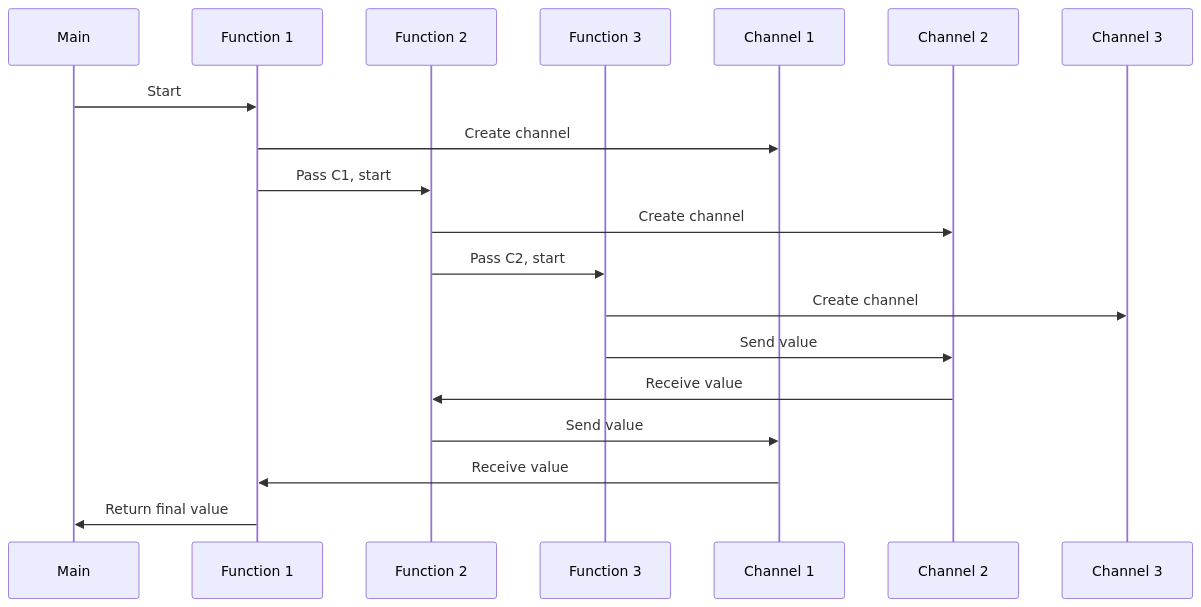
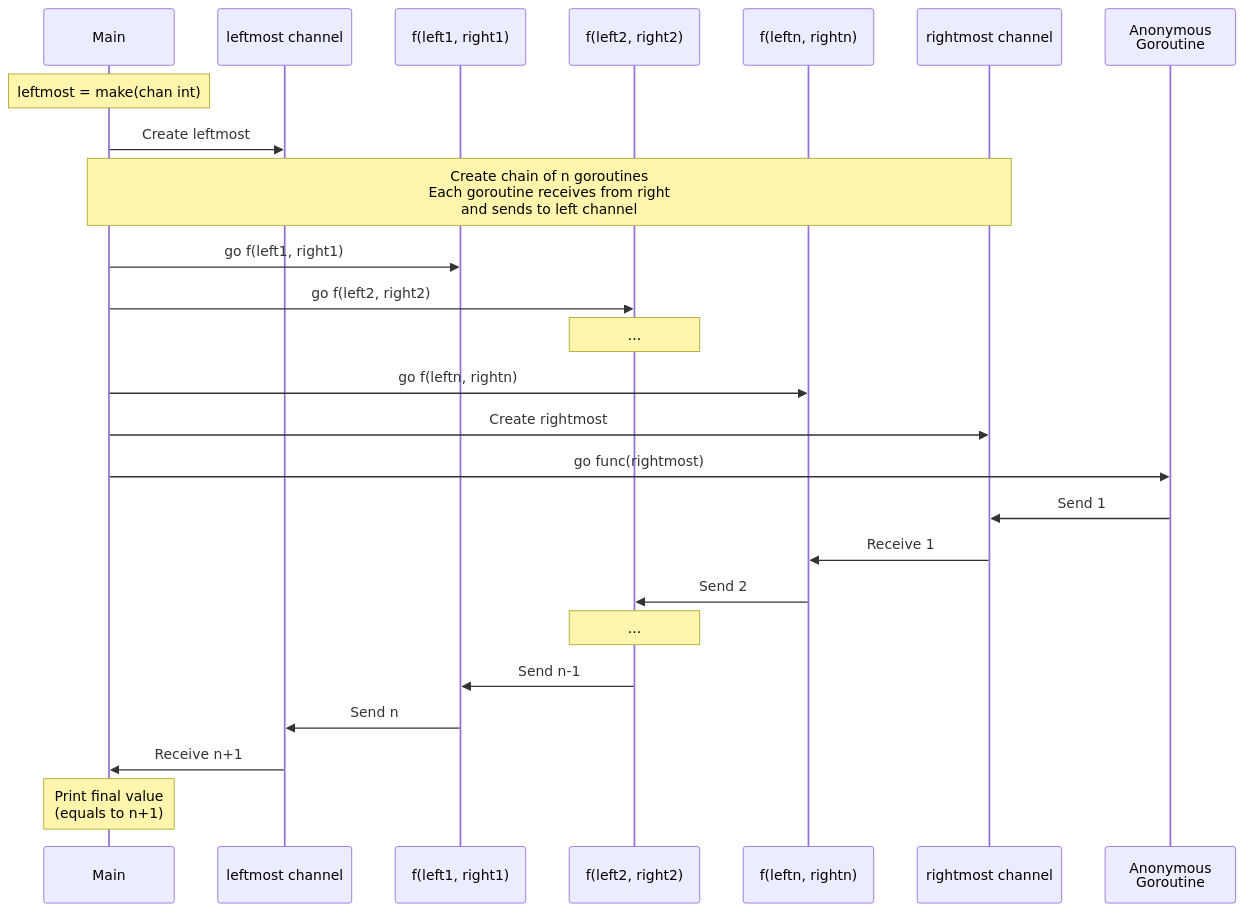
Before and after one commit to lexyu-golang-project-collection/go-concurrency: the diagram in 08-daisy-chan/README.md, drawn with Mermaid. The commit also changed 3 other files, not shown here.

````diff
--- a/08-daisy-chan/README.md
+++ b/08-daisy-chan/README.md
@@ -1,22 +1,33 @@
 ```mermaid
 sequenceDiagram
-    participant Main
-    participant F1 as Function 1
-    participant F2 as Function 2
-    participant F3 as Function 3
-    participant C1 as Channel 1
-    participant C2 as Channel 2
-    participant C3 as Channel 3
+    participant M as Main
+    participant L as leftmost channel
+    participant G1 as f(left1, right1)
+    participant G2 as f(left2, right2)
+    participant Gn as f(leftn, rightn)
+    participant R as rightmost channel
+    participant AG as Anonymous<br/>Goroutine
 
-    Main->>F1: Start
-    F1->>C1: Create channel
-    F1->>F2: Pass C1, start
-    F2->>C2: Create channel
-    F2->>F3: Pass C2, start
-    F3->>C3: Create channel
-    F3->>C2: Send value
-    C2->>F2: Receive value
-    F2->>C1: Send value
-    C1->>F1: Receive value
-    F1->>Main: Return final value
+    Note over M: leftmost = make(chan int)
+    
+    M->>L: Create leftmost
+    
+    Note over M,R: Create chain of n goroutines<br/>Each goroutine receives from right<br/>and sends to left channel
+    M->>G1: go f(left1, right1)
+    M->>G2: go f(left2, right2)
+    Note over G2: ...
+    M->>Gn: go f(leftn, rightn)
+    M->>R: Create rightmost
+    
+    M->>AG: go func(rightmost)
+    AG->>R: Send 1
+    
+    R->>Gn: Receive 1
+    Gn->>G2: Send 2
+    Note over G2: ...
+    G2->>G1: Send n-1
+    G1->>L: Send n
+    L->>M: Receive n+1
+    
+    Note over M: Print final value<br/>(equals to n+1)
 ```
````
